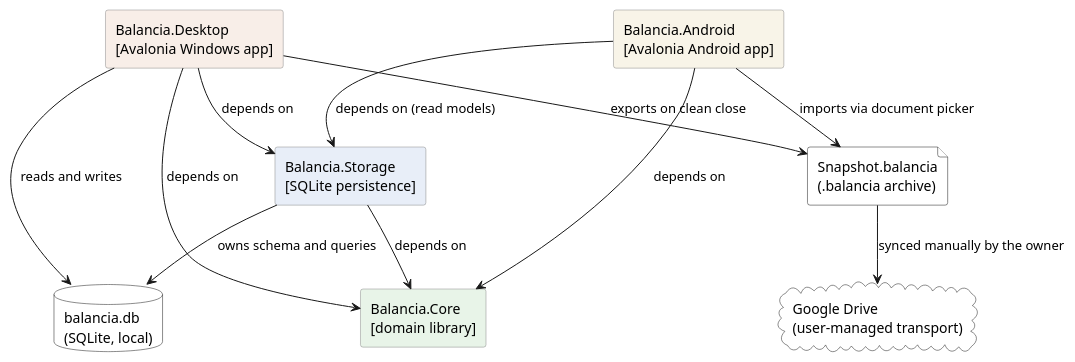
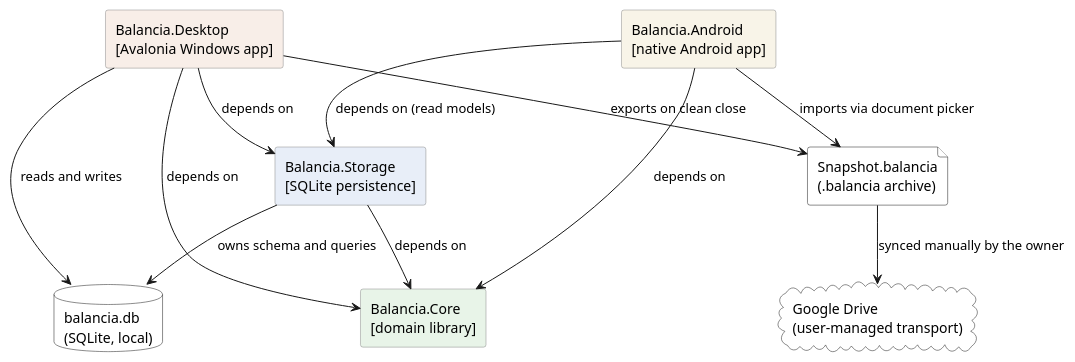
Before and after one commit to Tariatan/Balancia: the first of 5 diagrams in docs/Technical_Design_Description.md, drawn with PlantUML. The commit also changed other lines of this file and 41 other files, not shown here.

````diff
--- a/docs/Technical_Design_Description.md
+++ b/docs/Technical_Design_Description.md
@@ -156,29 +159,29 @@
 ```plantuml
 @startuml
 skinparam rectangle {
   BackgroundColor #DDDDDD
   BorderColor #888888
 }
 
 rectangle "Balancia.Core\n[domain library]" as Core #E8F4E8
 rectangle "Balancia.Storage\n[SQLite persistence]" as Storage #E8EEF8
 rectangle "Balancia.Desktop\n[Avalonia Windows app]" as Desktop #F8EEE8
-rectangle "Balancia.Android\n[Avalonia Android app]" as Android #F8F4E8
+rectangle "Balancia.Android\n[native Android app]" as Android #F8F4E8
 
 database "balancia.db\n(SQLite, local)" as Db #FFFFFF
 file "Snapshot.balancia\n(.balancia archive)" as Snap #FFFFFF
 cloud "Google Drive\n(user-managed transport)" as Drive #FFFFFF
 
 Storage --> Core : depends on
 Desktop --> Core : depends on
 Desktop --> Storage : depends on
 Android --> Core : depends on
 Android --> Storage : depends on (read models)
 
 Desktop --> Db : reads and writes
 Storage --> Db : owns schema and queries
 Desktop --> Snap : exports on clean close
 Android --> Snap : imports via document picker
 Snap --> Drive : synced manually by the owner
 @enduml
 ```
````
